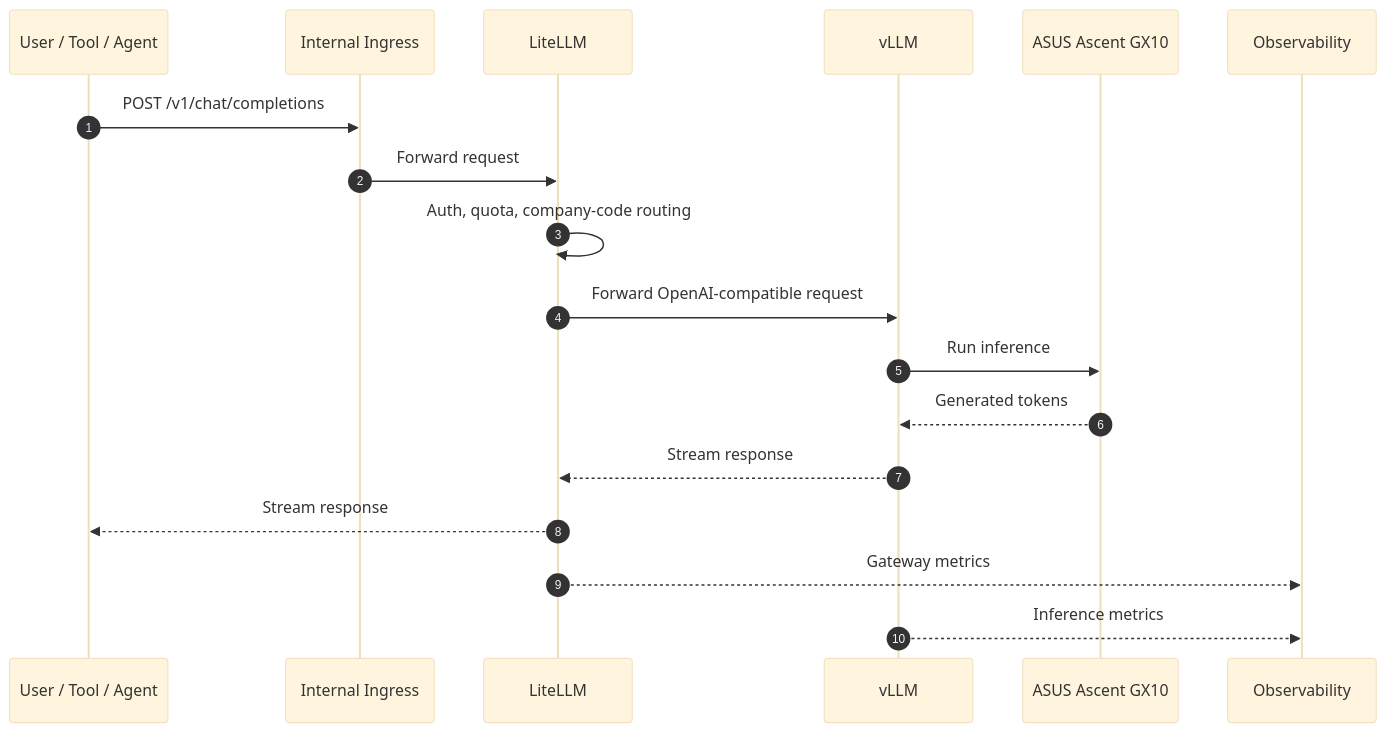
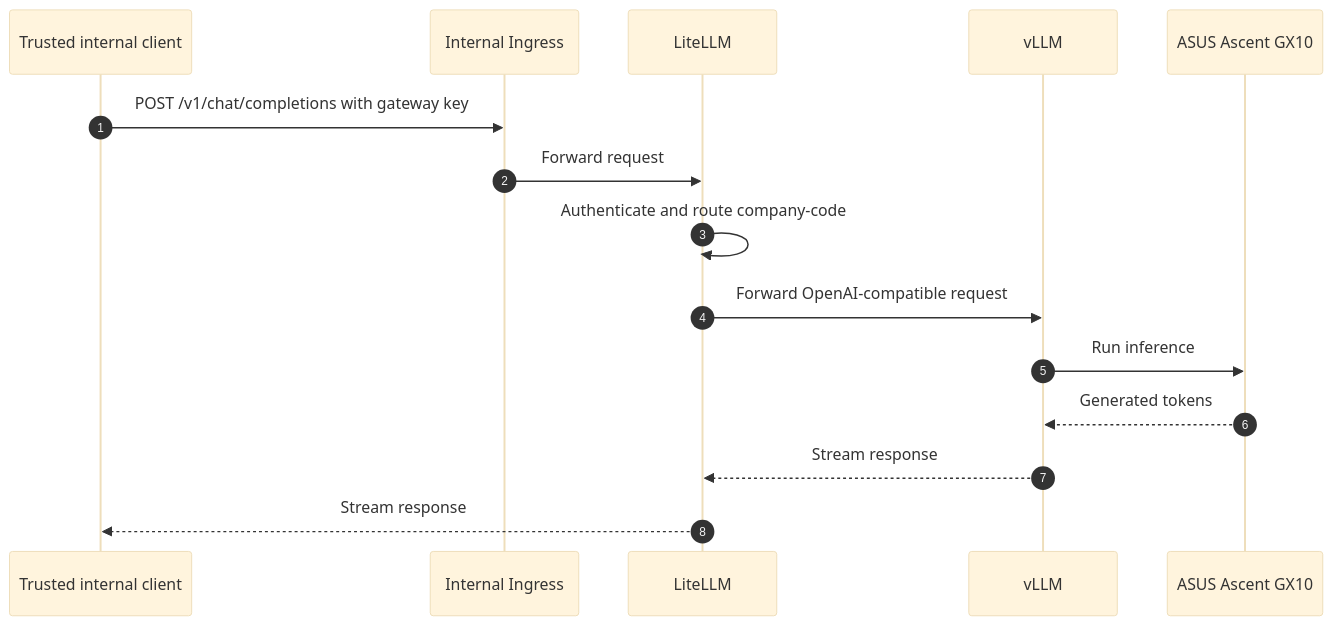
One commit to CopyPasteFail/llm-on-prem changed the first of 2 diagrams in docs/architecture.md. Above: the diagram before and after it, drawn with Mermaid (base theme). The commit also changed other lines of this file, not shown here.

Commit message:
Align architecture with implemented pilot scope

````diff
--- a/docs/architecture.md
+++ b/docs/architecture.md
@@ -24,21 +31,18 @@
 ```mermaid
 sequenceDiagram
     autonumber
-    participant User as User / Tool / Agent
+    participant Client as Trusted internal client
     participant Ingress as Internal Ingress
     participant Gateway as LiteLLM
     participant VLLM as vLLM
     participant GX10 as ASUS Ascent GX10
-    participant Obs as Observability
 
-    User->>Ingress: POST /v1/chat/completions
+    Client->>Ingress: POST /v1/chat/completions with gateway key
     Ingress->>Gateway: Forward request
-    Gateway->>Gateway: Auth, quota, company-code routing
+    Gateway->>Gateway: Authenticate and route company-code
     Gateway->>VLLM: Forward OpenAI-compatible request
     VLLM->>GX10: Run inference
     GX10-->>VLLM: Generated tokens
     VLLM-->>Gateway: Stream response
-    Gateway-->>User: Stream response
-    Gateway-->>Obs: Gateway metrics
-    VLLM-->>Obs: Inference metrics
+    Gateway-->>Client: Stream response
 ```
````
